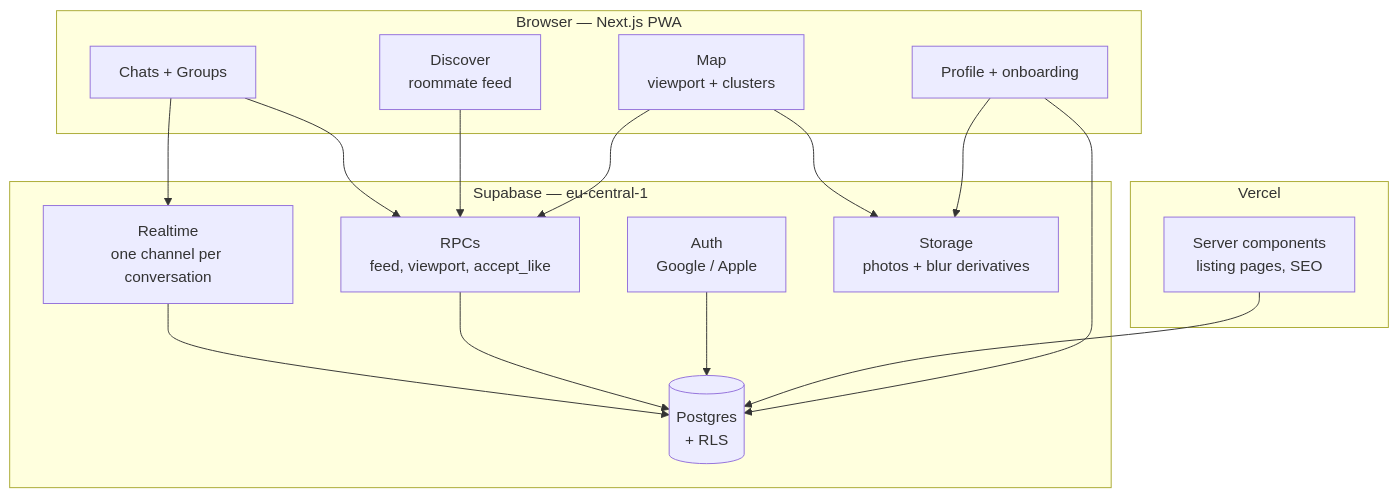
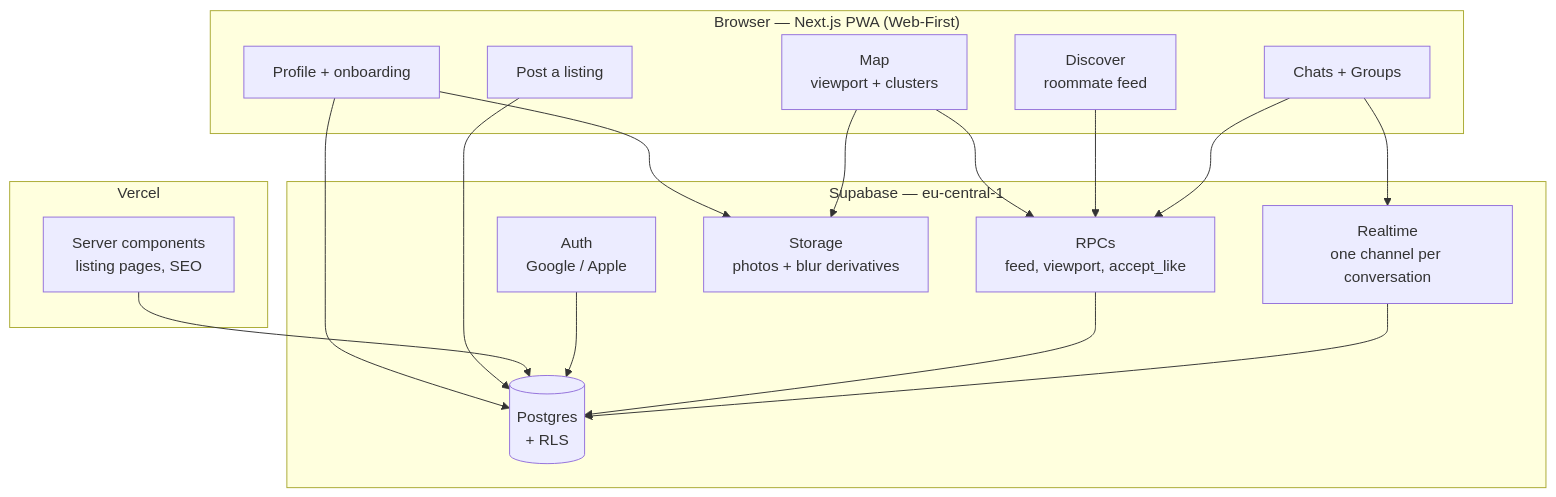
The diagram in ARCHITECTURE.md (lironrubin100/appartement-tinder), drawn with Mermaid before and after one commit. The commit also changed other lines of this file and 120 other files, not shown here.

First line of the commit message:
Migrate to Next.js web scaffold with design system handoff

````diff
--- a/ARCHITECTURE.md
+++ b/ARCHITECTURE.md
@@ -14,33 +11,35 @@
 ```mermaid
 graph TB
-    subgraph client["Browser — Next.js PWA"]
+    subgraph client["Browser — Next.js PWA (Web-First)"]
         Map["Map<br/>viewport + clusters"]
         Disc["Discover<br/>roommate feed"]
         Chat["Chats + Groups"]
         Prof["Profile + onboarding"]
+        Post["Post a listing"]
     end
 
     subgraph edge["Vercel"]
         SSR["Server components<br/>listing pages, SEO"]
     end
 
     subgraph supa["Supabase — eu-central-1"]
         Auth["Auth<br/>Google / Apple"]
         RPC["RPCs<br/>feed, viewport, accept_like"]
         DB[("Postgres<br/>+ RLS")]
         RT["Realtime<br/>one channel per conversation"]
         Store["Storage<br/>photos + blur derivatives"]
     end
 
     Map --> RPC
     Disc --> RPC
     Chat --> RT
     Chat --> RPC
     Prof --> DB
+    Post --> DB
     SSR --> DB
     Auth --> DB
     RPC --> DB
     RT --> DB
     Prof --> Store
     Map --> Store
 ```
````
